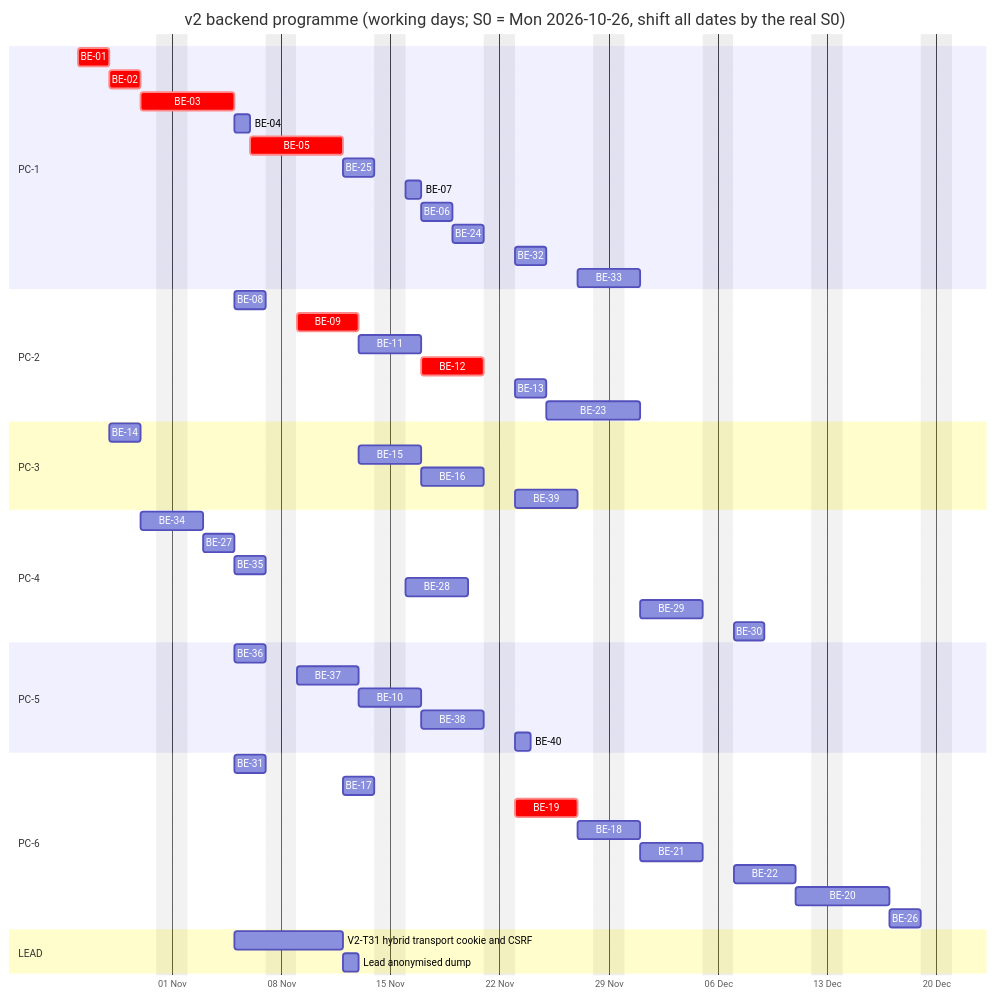
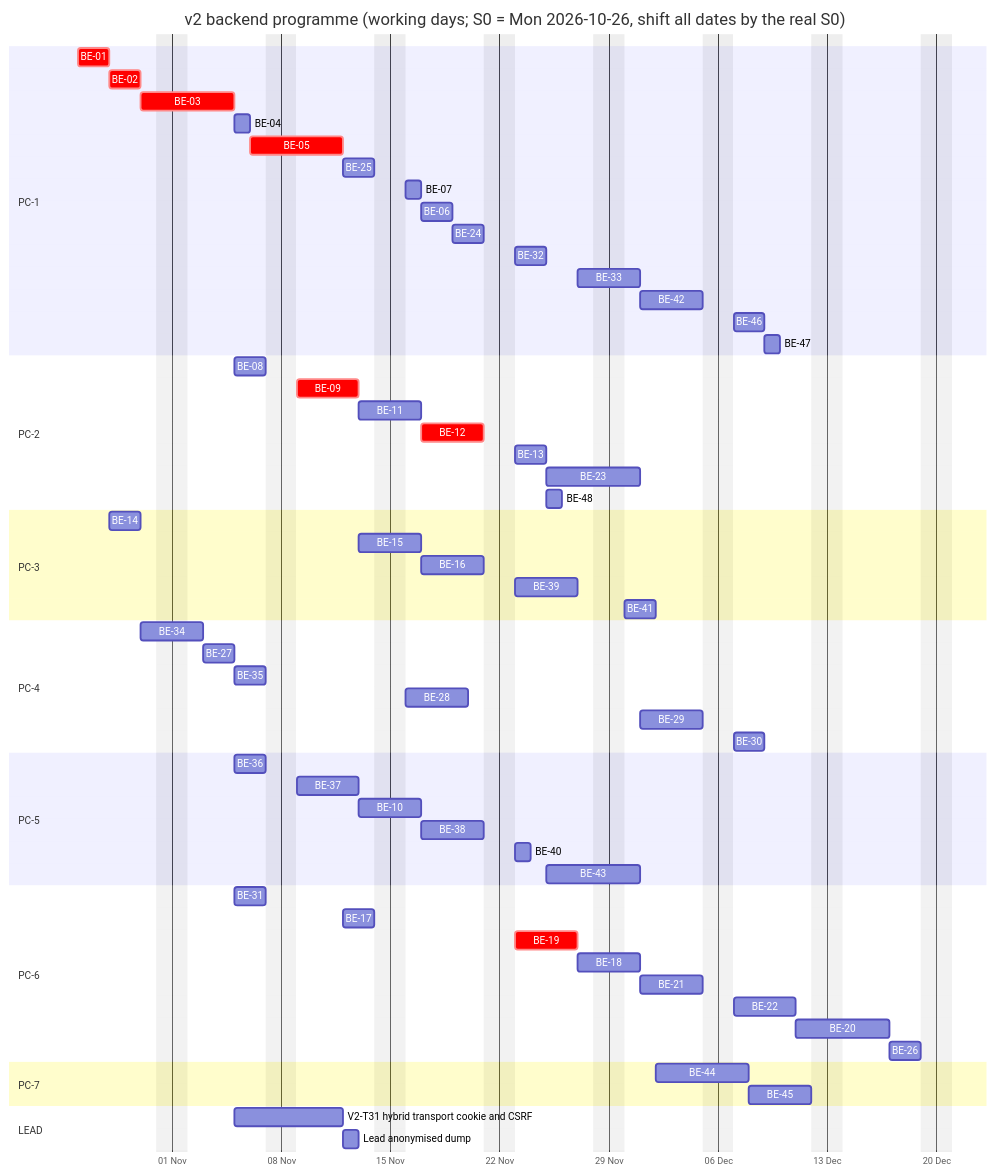
One commit to amin-kerja-orang/prestasiplus changed the second of 2 diagrams in docs/plan/sessions.md. Above: the diagram before and after it, drawn with Mermaid. The commit also changed other lines of this file and 7 other files, not shown here.

````diff
--- a/docs/plan/sessions.md
+++ b/docs/plan/sessions.md
@@ -96,56 +98,65 @@
 ```mermaid
 gantt
   title v2 backend programme (working days; S0 = Mon 2026-10-26, shift all dates by the real S0)
   dateFormat YYYY-MM-DD
   axisFormat %d %b
   excludes weekends
   section PC-1
   BE-01 :crit, t01, 2026-10-26, 2d
   BE-02 :crit, t02, 2026-10-28, 2d
   BE-03 :crit, t03, 2026-10-30, 4d
   BE-04 :t04, 2026-11-05, 1d
   BE-05 :crit, t05, 2026-11-06, 4d
   BE-25 :t25, 2026-11-12, 2d
   BE-07 :t07, 2026-11-16, 1d
   BE-06 :t06, 2026-11-17, 2d
   BE-24 :t24, 2026-11-19, 2d
   BE-32 :t32, 2026-11-23, 2d
   BE-33 :t33, 2026-11-27, 2d
+  BE-42 :t42, 2026-12-01, 4d
+  BE-46 :t46, 2026-12-07, 2d
+  BE-47 :t47, 2026-12-09, 1d
   section PC-2
   BE-08 :t08, 2026-11-05, 2d
   BE-09 :crit, t09, 2026-11-09, 4d
   BE-11 :t11, 2026-11-13, 2d
   BE-12 :crit, t12, 2026-11-17, 4d
   BE-13 :t13, 2026-11-23, 2d
   BE-23 :t23, 2026-11-25, 4d
+  BE-48 :t48, 2026-11-25, 1d
   section PC-3
   BE-14 :t14, 2026-10-28, 2d
   BE-15 :t15, 2026-11-13, 2d
   BE-16 :t16, 2026-11-17, 4d
   BE-39 :t39, 2026-11-23, 4d
+  BE-41 :t41, 2026-11-30, 2d
   section PC-4
   BE-34 :t34, 2026-10-30, 2d
   BE-27 :t27, 2026-11-03, 2d
   BE-35 :t35, 2026-11-05, 2d
   BE-28 :t28, 2026-11-16, 4d
   BE-29 :t29, 2026-12-01, 4d
   BE-30 :t30, 2026-12-07, 2d
   section PC-5
   BE-36 :t36, 2026-11-05, 2d
   BE-37 :t37, 2026-11-09, 4d
   BE-10 :t10, 2026-11-13, 2d
   BE-38 :t38, 2026-11-17, 4d
   BE-40 :t40, 2026-11-23, 1d
+  BE-43 :t43, 2026-11-25, 4d
   section PC-6
   BE-31 :t31, 2026-11-05, 2d
   BE-17 :t17, 2026-11-12, 2d
   BE-19 :crit, t19, 2026-11-23, 4d
   BE-18 :t18, 2026-11-27, 2d
   BE-21 :t21, 2026-12-01, 4d
   BE-22 :t22, 2026-12-07, 4d
   BE-20 :t20, 2026-12-11, 4d
   BE-26 :t26, 2026-12-17, 2d
+  section PC-7
+  BE-44 :t44, 2026-12-02, 4d
+  BE-45 :t45, 2026-12-08, 4d
   section LEAD
   V2-T31 hybrid transport cookie and CSRF :tL1, 2026-11-05, 5d
   Lead anonymised dump :tL2, 2026-11-12, 1d
 ```
````
